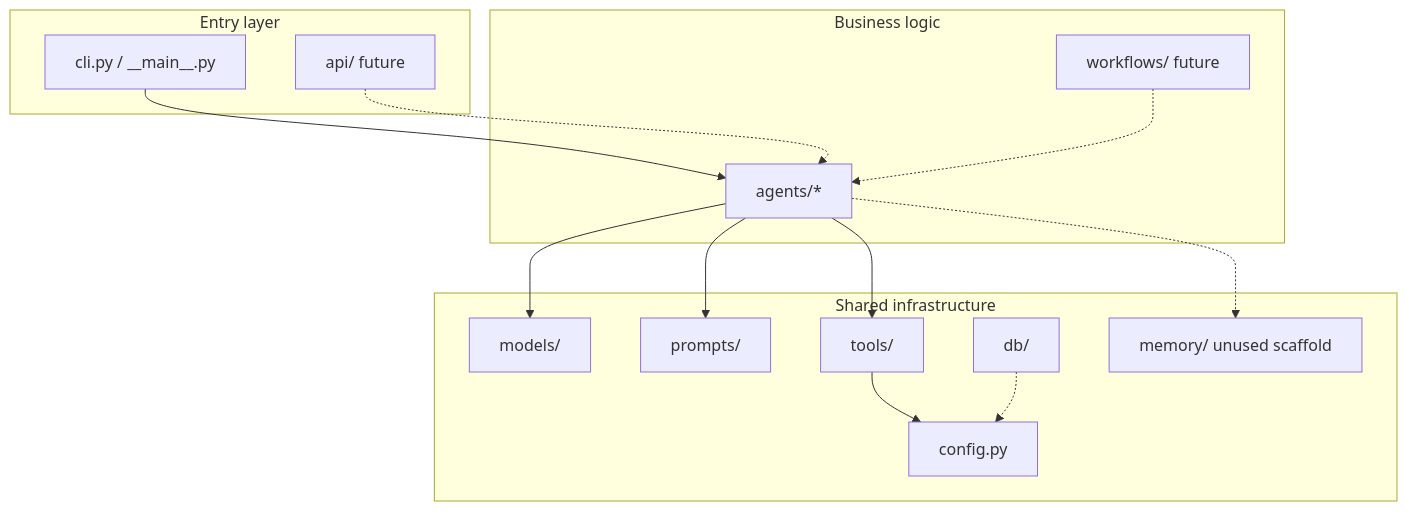
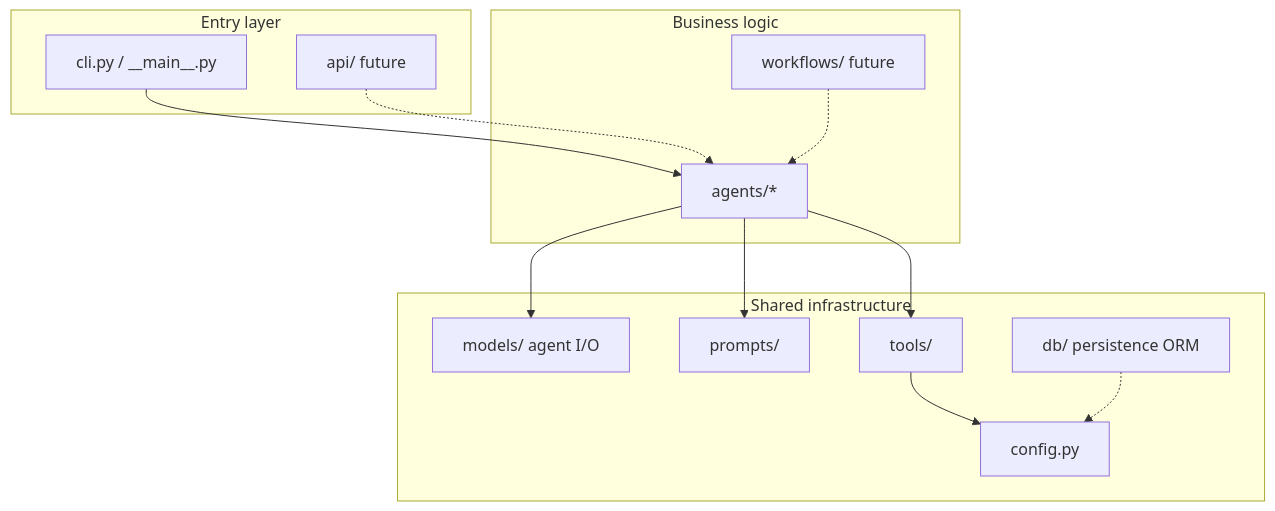
The diagram in docs/architecture/project-structure.md (shira-ozana/career-ai), drawn with Mermaid before and after one commit. The commit also changed other lines of this file and 22 other files, not shown here.

````diff
--- a/docs/architecture/project-structure.md
+++ b/docs/architecture/project-structure.md
@@ -74,31 +69,29 @@
 ```mermaid
 flowchart TB
     subgraph Entry["Entry layer"]
         CLI[cli.py / __main__.py]
         API[api/ future]
     end
 
     subgraph Domain["Business logic"]
         Agents[agents/*]
         Workflows[workflows/ future]
     end
 
     subgraph Shared["Shared infrastructure"]
-        Models[models/]
+        Models[models/ agent I/O]
         Prompts[prompts/]
         Tools[tools/]
         Config[config.py]
-        DB[db/]
-        Memory[memory/ unused scaffold]
+        DB[db/ persistence ORM]
     end
 
     CLI --> Agents
     API -.-> Agents
     Agents --> Models
     Agents --> Prompts
     Agents --> Tools
     Tools --> Config
     DB -.-> Config
     Workflows -.-> Agents
-    Agents -.-> Memory
 ```
````
